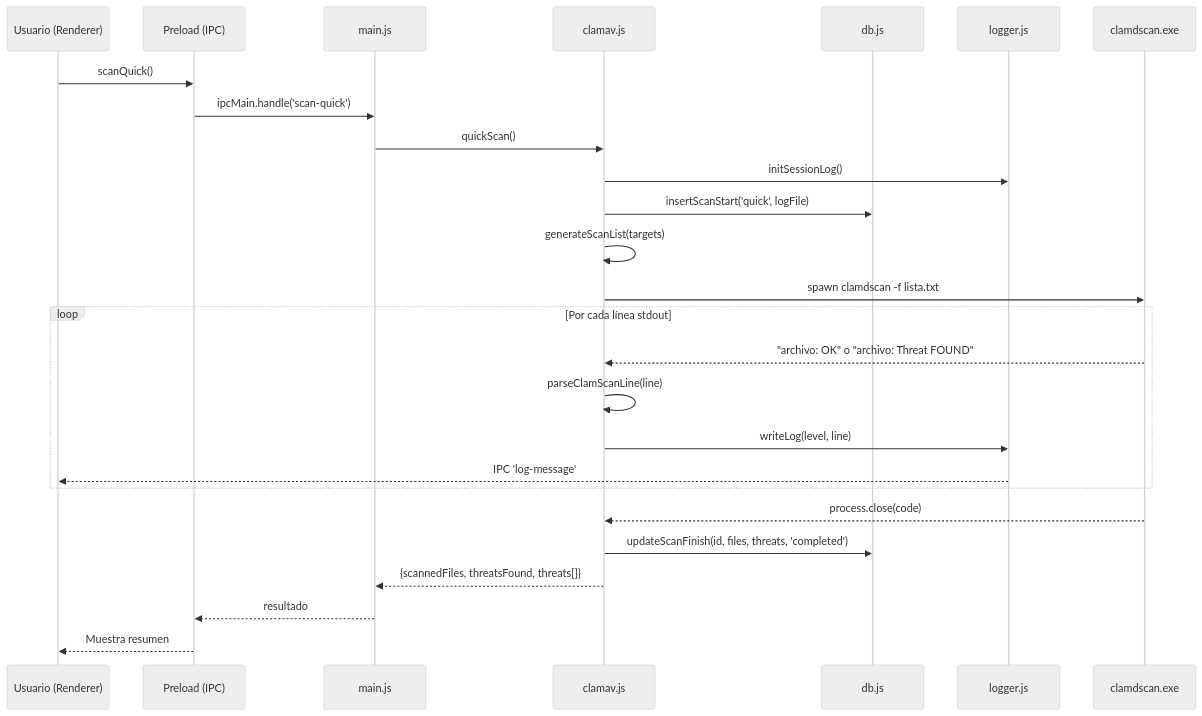
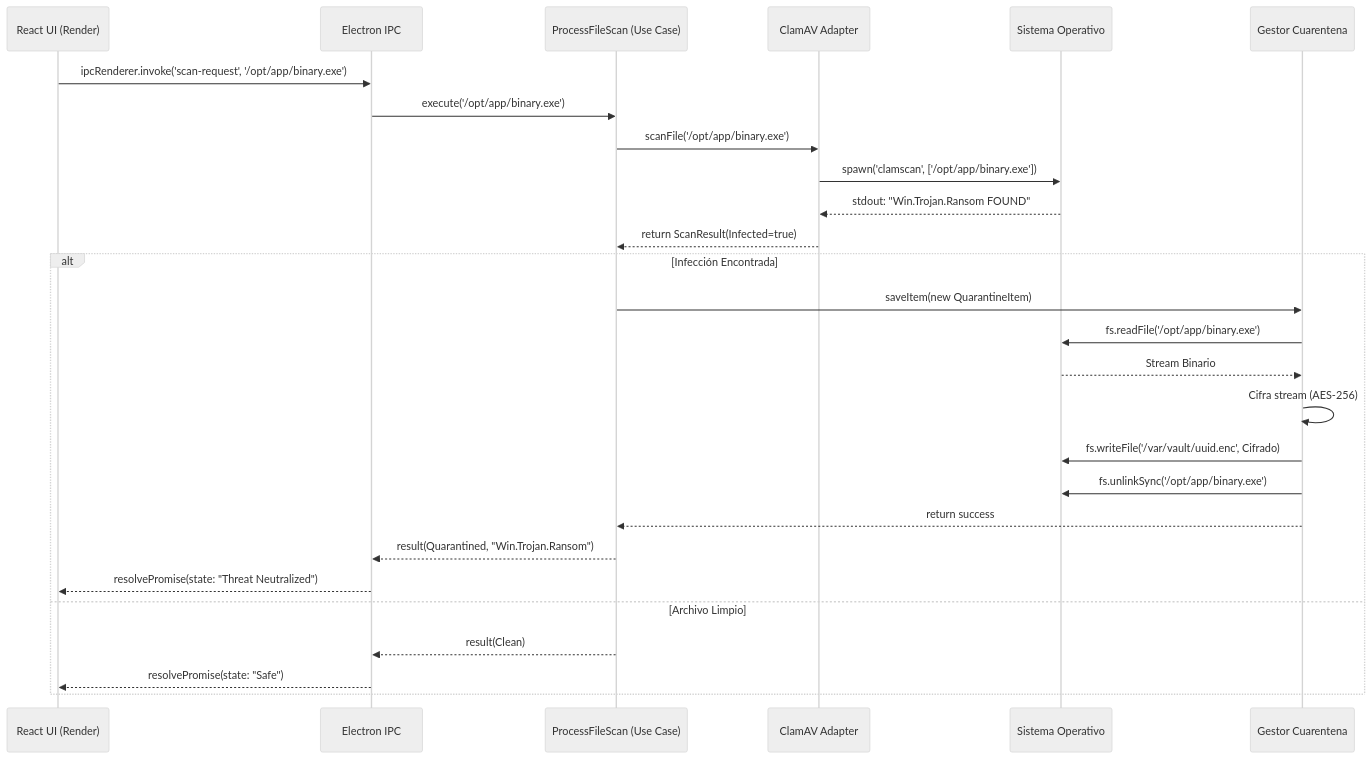
One commit to UPT-FAING-EPIS/proyecto-si784-2026-i-u3-antivirus_u3_cds changed the fifth of 6 diagrams in FD04-Informe-Arquitectura.md. Above: the diagram before and after it, drawn with Mermaid (neutral theme). The commit also changed other lines of this file and 9 other files, not shown here.

````diff
--- a/FD04-Informe-Arquitectura.md
+++ b/FD04-Informe-Arquitectura.md
@@ -294,29 +243,32 @@
 ```mermaid
 sequenceDiagram
-    participant U as Usuario (Renderer)
-    participant P as Preload (IPC)
-    participant M as main.js
-    participant C as clamav.js
-    participant DB as db.js
-    participant L as logger.js
-    participant CL as clamdscan.exe
+    participant UI as React UI (Render)
+    participant IPC as Electron IPC
+    participant UC as ProcessFileScan (Use Case)
+    participant Adapter as ClamAV Adapter
+    participant OS as Sistema Operativo
+    participant Vault as Gestor Cuarentena
 
-    U->>P: scanQuick()
-    P->>M: ipcMain.handle('scan-quick')
-    M->>C: quickScan()
-    C->>L: initSessionLog()
-    C->>DB: insertScanStart('quick', logFile)
-    C->>C: generateScanList(targets)
-    C->>CL: spawn clamdscan -f lista.txt
-    loop Por cada línea stdout
-        CL-->>C: "archivo: OK" o "archivo: Threat FOUND"
-        C->>C: parseClamScanLine(line)
-        C->>L: writeLog(level, line)
-        L-->>U: IPC 'log-message'
+    UI->>IPC: ipcRenderer.invoke('scan-request', '/opt/app/binary.exe')
+    IPC->>UC: execute('/opt/app/binary.exe')
+    
+    UC->>Adapter: scanFile('/opt/app/binary.exe')
+    Adapter->>OS: spawn('clamscan', ['/opt/app/binary.exe'])
+    OS-->>Adapter: stdout: "Win.Trojan.Ransom FOUND"
+    Adapter-->>UC: return ScanResult(Infected=true)
+    
+    alt Infección Encontrada
+        UC->>Vault: saveItem(new QuarantineItem)
+        Vault->>OS: fs.readFile('/opt/app/binary.exe')
+        OS-->>Vault: Stream Binario
+        Vault->>Vault: Cifra stream (AES-256)
+        Vault->>OS: fs.writeFile('/var/vault/uuid.enc', Cifrado)
+        Vault->>OS: fs.unlinkSync('/opt/app/binary.exe')
+        Vault-->>UC: return success
+        UC-->>IPC: result(Quarantined, "Win.Trojan.Ransom")
+        IPC-->>UI: resolvePromise(state: "Threat Neutralized")
+    else Archivo Limpio
+        UC-->>IPC: result(Clean)
+        IPC-->>UI: resolvePromise(state: "Safe")
     end
-    CL-->>C: process.close(code)
-    C->>DB: updateScanFinish(id, files, threats, 'completed')
-    C-->>M: {scannedFiles, threatsFound, threats[]}
-    M-->>P: resultado
-    P-->>U: Muestra resumen
 ```
````
